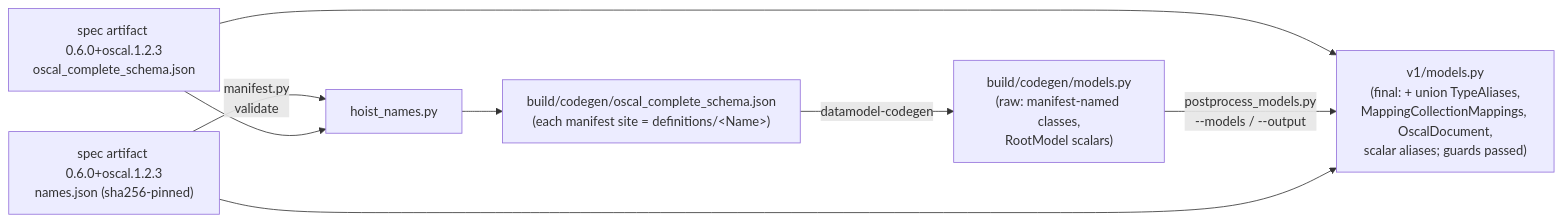
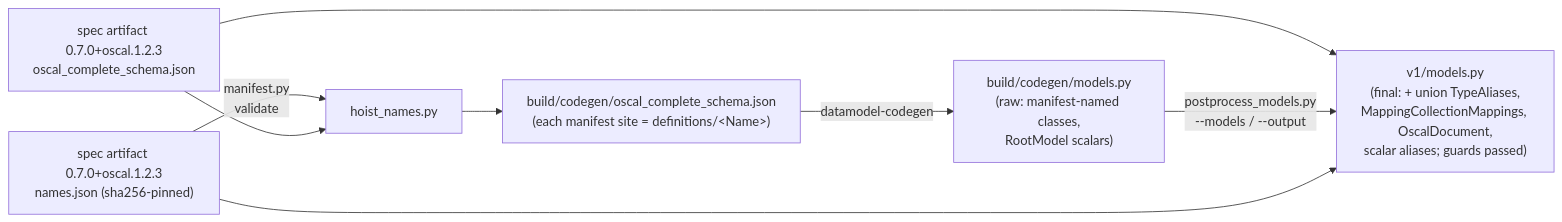
The second of 2 diagrams in .agents/summary/architecture.md (cairn-proofs/oscal-bindings-python), drawn with Mermaid before and after one commit. The commit also changed other lines of this file and 18 other files, not shown here.

First line of the commit message:
chore: move the spec artifact pin to 0.7.0+oscal.1.2.3 (#50)

````diff
--- a/.agents/summary/architecture.md
+++ b/.agents/summary/architecture.md
@@ -82,10 +82,10 @@
 ```mermaid
 flowchart LR
-    N["spec artifact 0.6.0+oscal.1.2.3<br/>names.json (sha256-pinned)"] -->|"manifest.py<br/>validate"| H
-    A["spec artifact 0.6.0+oscal.1.2.3<br/>oscal_complete_schema.json"] --> H["hoist_names.py"]
+    N["spec artifact 0.7.0+oscal.1.2.3<br/>names.json (sha256-pinned)"] -->|"manifest.py<br/>validate"| H
+    A["spec artifact 0.7.0+oscal.1.2.3<br/>oscal_complete_schema.json"] --> H["hoist_names.py"]
     A --> C
     H --> HS["build/codegen/oscal_complete_schema.json<br/>(each manifest site = definitions/&lt;Name&gt;)"]
     HS -->|"datamodel-codegen"| B["build/codegen/models.py<br/>(raw: manifest-named classes,<br/>RootModel scalars)"]
     B -->|"postprocess_models.py<br/>--models / --output"| C["v1/models.py<br/>(final: + union TypeAliases,<br/>MappingCollectionMappings, OscalDocument,<br/>scalar aliases; guards passed)"]
     N --> C
 ```
````
